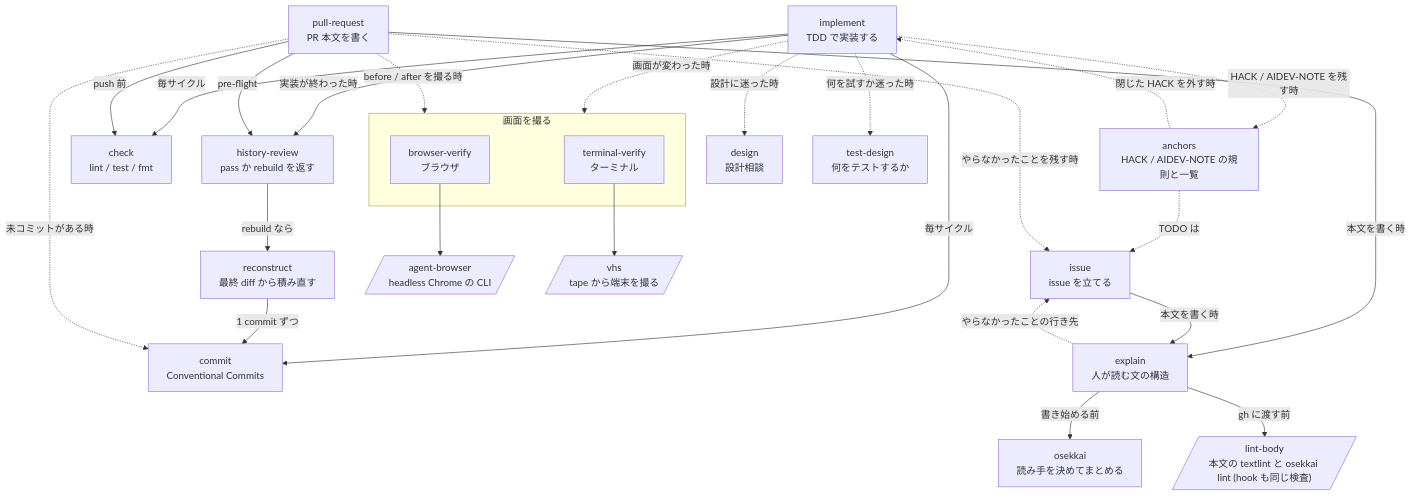
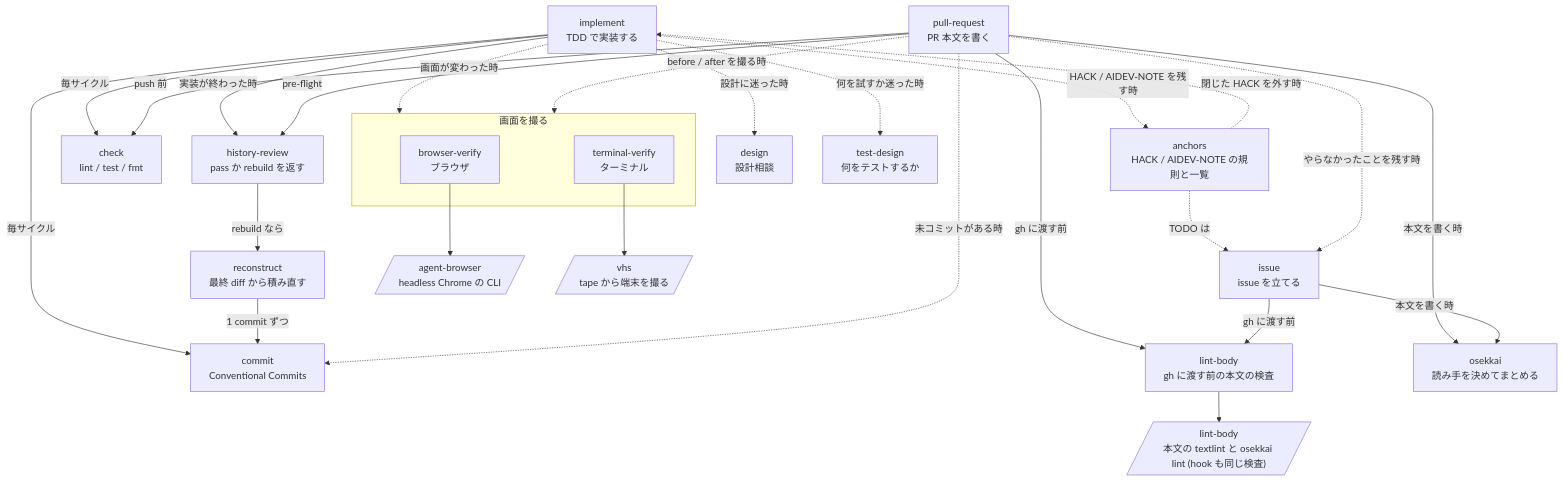
Before and after one commit to Xantibody/dotfiles: the first of 3 diagrams in configs/agents/README.md, drawn with Mermaid. The commit also changed other lines of this file and 8 other files, not shown here.

First line of the commit message:
refactor(agents): rename explain to lint-body and route all prose through osekkai

````diff
--- a/configs/agents/README.md
+++ b/configs/agents/README.md
@@ -15,46 +15,46 @@
 ```mermaid
 flowchart TD
   implement["implement<br/>TDD で実装する"]
   check["check<br/>lint / test / fmt"]
   commit["commit<br/>Conventional Commits"]
   hr["history-review<br/>pass か rebuild を返す"]
   reconstruct["reconstruct<br/>最終 diff から積み直す"]
   pr["pull-request<br/>PR 本文を書く"]
   issue["issue<br/>issue を立てる"]
-  explain["explain<br/>人が読む文の構造"]
+  lbskill["lint-body<br/>gh に渡す前の本文の検査"]
   osekkai["osekkai<br/>読み手を決めてまとめる"]
   subgraph shot ["画面を撮る"]
     bv["browser-verify<br/>ブラウザ"]
     tv["terminal-verify<br/>ターミナル"]
   end
   anchors["anchors<br/>HACK / AIDEV-NOTE の規則と一覧"]
   design["design<br/>設計相談"]
   testdesign["test-design<br/>何をテストするか"]
   ab[/"agent-browser<br/>headless Chrome の CLI"/]
   vhs[/"vhs<br/>tape から端末を撮る"/]
   lint[/"lint-body<br/>本文の textlint と osekkai lint (hook も同じ検査)"/]
 
   implement -->|"毎サイクル"| check
   implement -->|"毎サイクル"| commit
   implement -->|"実装が終わった時"| hr
   implement -.->|"画面が変わった時"| shot
   implement -.->|"設計に迷った時"| design
   implement -.->|"何を試すか迷った時"| testdesign
   implement -.->|"HACK / AIDEV-NOTE を残す時"| anchors
   anchors -.->|"閉じた HACK を外す時"| implement
   anchors -.->|"TODO は"| issue
   hr -->|"rebuild なら"| reconstruct
   reconstruct -->|"1 commit ずつ"| commit
   pr -->|"pre-flight"| hr
   pr -->|"push 前"| check
-  pr -->|"本文を書く時"| explain
+  pr -->|"本文を書く時"| osekkai
+  pr -->|"gh に渡す前"| lbskill
   pr -.->|"未コミットがある時"| commit
   pr -.->|"before / after を撮る時"| shot
   pr -.->|"やらなかったことを残す時"| issue
-  issue -->|"本文を書く時"| explain
-  explain -.->|"やらなかったことの行き先"| issue
-  explain -->|"書き始める前"| osekkai
-  explain -->|"gh に渡す前"| lint
+  issue -->|"本文を書く時"| osekkai
+  issue -->|"gh に渡す前"| lbskill
+  lbskill --> lint
   bv --> ab
   tv --> vhs
 ```
````
